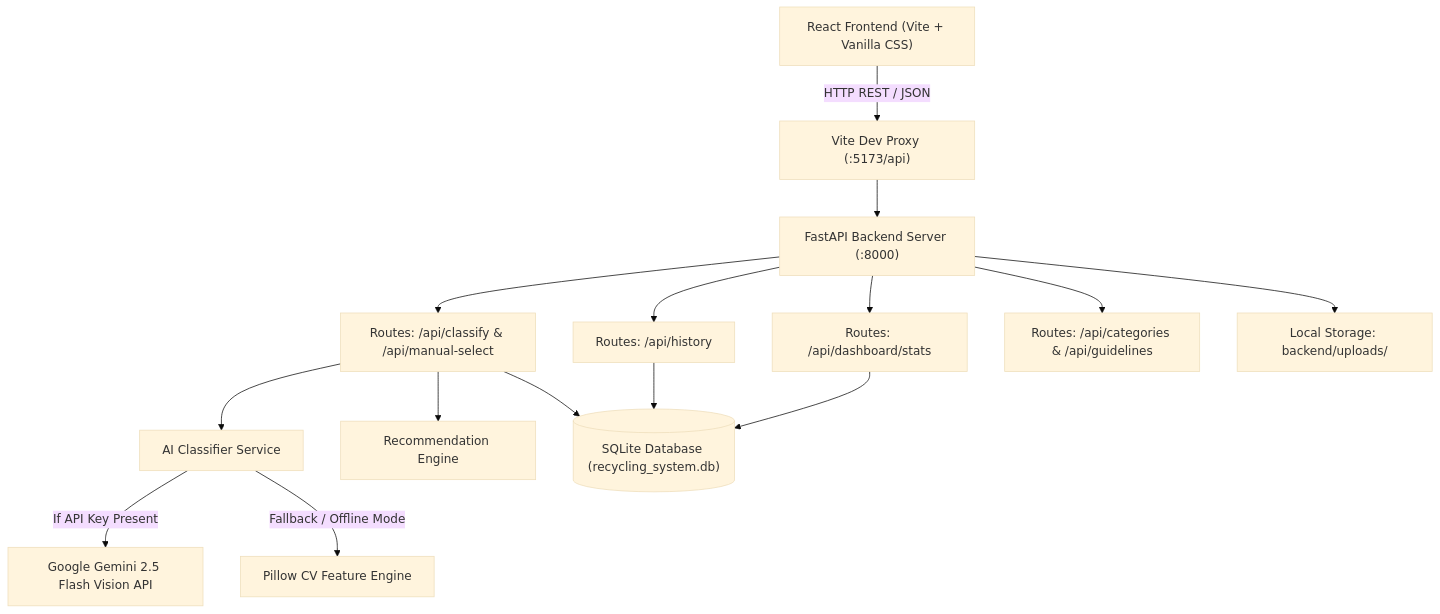
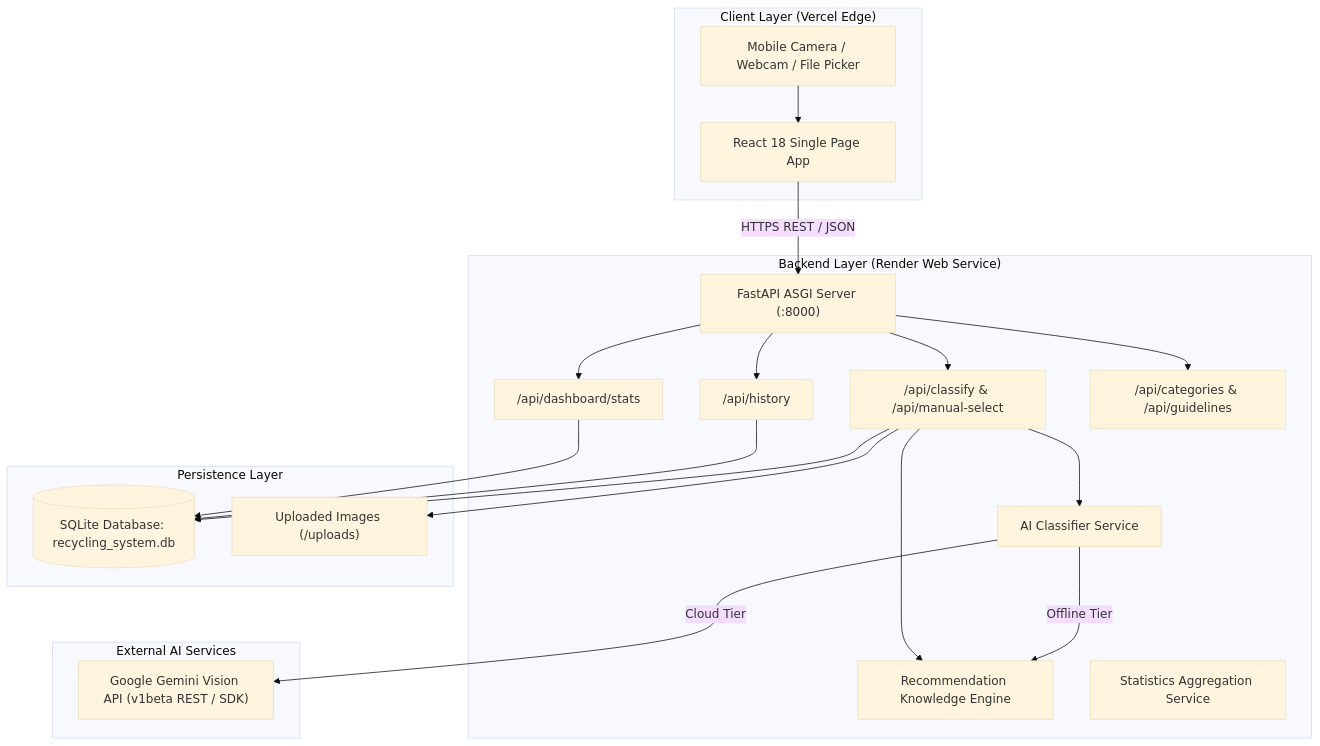
Before and after one commit to Aravind-git07/Smart_Recycling_System: the diagram in Readme.md, drawn with Mermaid (base theme). The commit also changed other lines of this file and 1 other file, not shown here.

Commit message:
docs: update Readme and viva guide with live links, mobile camera, and resilient AI architecture

````diff
--- a/Readme.md
+++ b/Readme.md
@@ -90,21 +175,46 @@
 ```mermaid
 graph TD
-    Client["React Frontend (Vite + Vanilla CSS)"] -->|HTTP REST / JSON| Proxy["Vite Dev Proxy (:5173/api)"]
-    Proxy --> FastAPIServer["FastAPI Backend Server (:8000)"]
+    subgraph Client ["Client Layer (Vercel Edge)"]
+        Browser["React 18 Single Page App"]
+        CamTrigger["Mobile Camera / Webcam / File Picker"]
+    end
+
+    subgraph BackendService ["Backend Layer (Render Web Service)"]
+        FastAPIServer["FastAPI ASGI Server (:8000)"]
+        RouterClassify["/api/classify & /api/manual-select"]
+        RouterHistory["/api/history"]
+        RouterDashboard["/api/dashboard/stats"]
+        RouterCategories["/api/categories & /api/guidelines"]
+        
+        ClassifierService["AI Classifier Service"]
+        RecEngine["Recommendation Knowledge Engine"]
+        StatService["Statistics Aggregation Service"]
+    end
+
+    subgraph ExternalCloud ["External AI Services"]
+        GeminiAPI["Google Gemini Vision API (v1beta REST / SDK)"]
+    end
+
+    subgraph Persistence ["Persistence Layer"]
+        SQLiteDB[("SQLite Database: recycling_system.db")]
+        UploadsDir["Uploaded Images (/uploads)"]
+    end
+
+    CamTrigger --> Browser
+    Browser -->|HTTPS REST / JSON| FastAPIServer
     
-    FastAPIServer --> RouterClassify["Routes: /api/classify & /api/manual-select"]
-    FastAPIServer --> RouterHistory["Routes: /api/history"]
-    FastAPIServer --> RouterDashboard["Routes: /api/dashboard/stats"]
-    FastAPIServer --> RouterCategories["Routes: /api/categories & /api/guidelines"]
+    FastAPIServer --> RouterClassify
+    FastAPIServer --> RouterHistory
+    FastAPIServer --> RouterDashboard
+    FastAPIServer --> RouterCategories
     
-    RouterClassify --> ClassifierService["AI Classifier Service"]
-    RouterClassify --> RecEngine["Recommendation Engine"]
+    RouterClassify --> ClassifierService
+    ClassifierService -->|Cloud Tier| GeminiAPI
+    ClassifierService -->|Offline Tier| RecEngine
+    RouterClassify --> RecEngine
     
-    ClassifierService -->|If API Key Present| GeminiAPI["Google Gemini 2.5 Flash Vision API"]
-    ClassifierService -->|Fallback / Offline Mode| OfflineCV["Pillow CV Feature Engine"]
-    
-    RouterClassify --> SQLiteDB[("SQLite Database (recycling_system.db)")]
+    RouterClassify --> SQLiteDB
     RouterHistory --> SQLiteDB
     RouterDashboard --> SQLiteDB
-    FastAPIServer --> UploadsDir["Local Storage: backend/uploads/"]
+    RouterClassify --> UploadsDir
 ```
````
